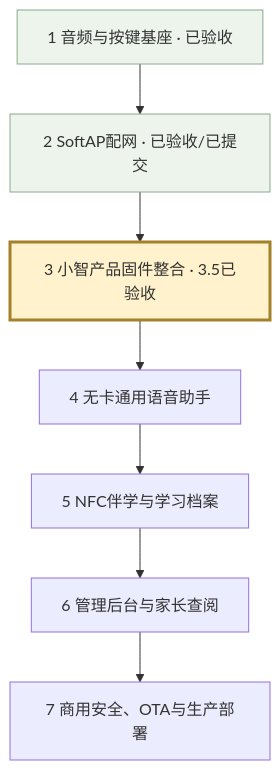
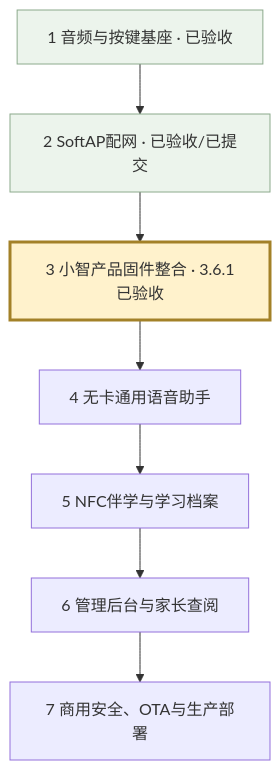
The diagram in stubuddy/firmware/speaker-selftest/DEVELOPMENT-ROADMAP.md (helper15901590/stubuddy), drawn with Mermaid before and after one commit. The commit also changed other lines of this file and 25 other files, not shown here.

````diff
--- a/stubuddy/firmware/speaker-selftest/DEVELOPMENT-ROADMAP.md
+++ b/stubuddy/firmware/speaker-selftest/DEVELOPMENT-ROADMAP.md
@@ -7,12 +7,12 @@
 ```mermaid
 flowchart TB
   A["1 音频与按键基座 · 已验收"] --> B["2 SoftAP配网 · 已验收/已提交"]
-  B --> C["3 小智产品固件整合 · 3.5已验收"]
+  B --> C["3 小智产品固件整合 · 3.6.1已验收"]
   C --> D["4 无卡通用语音助手"]
   D --> E["5 NFC伴学与学习档案"]
   E --> F["6 管理后台与家长查阅"]
   F --> G["7 商用安全、OTA与生产部署"]
   style A fill:#ecf4ec,stroke:#8caa8c
   style B fill:#ecf4ec,stroke:#8caa8c
   style C fill:#fff2cc,stroke:#a38128,stroke-width:3px
 ```
````
